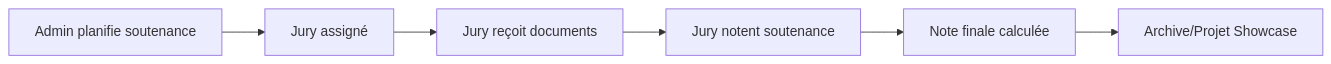
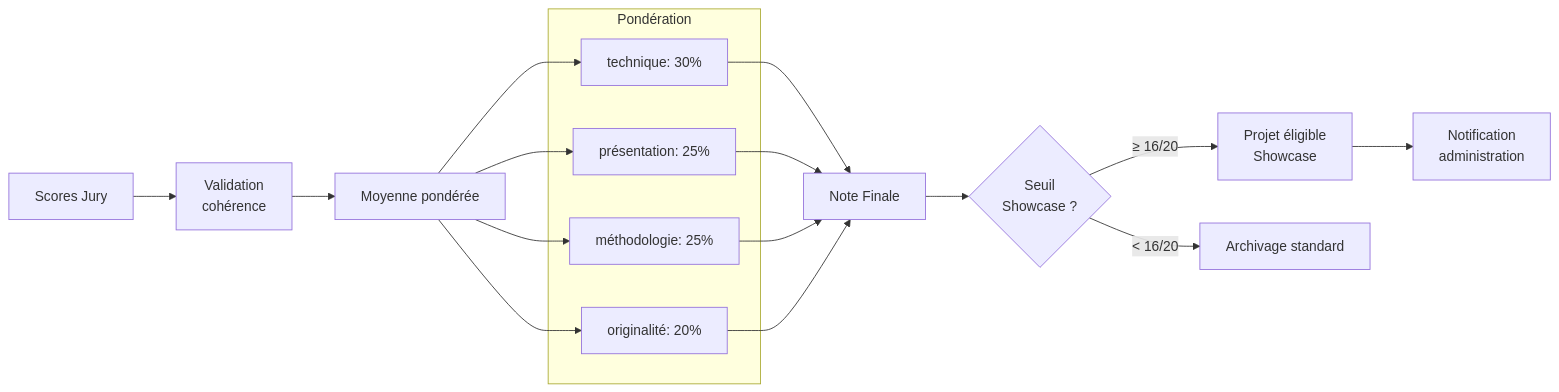
The tenth of 11 diagrams in README.md (Lagmouchyoussef/PFE-Navigator), drawn with Mermaid before and after one commit. The commit also changed other lines of this file, not shown here.

````diff
--- a/README.md
+++ b/README.md
@@ -489,8 +650,28 @@
 ```mermaid
 flowchart LR
-    A[Admin planifie soutenance] --> B[Jury assigné]
-    B --> C[Jury reçoit documents]
-    C --> D[Jury notent soutenance]
-    D --> E[Note finale calculée]
-    E --> F[Archive/Projet Showcase]
+    A[Scores Jury] --> B[Validation<br/>cohérence]
+    B --> C[Moyenne pondérée]
+    
+    subgraph "Pondération"
+        D[technique: 30%]
+        E[présentation: 25%]
+        F[méthodologie: 25%]
+        G[originalité: 20%]
+    end
+    
+    C --> D
+    C --> E
+    C --> F
+    C --> G
+    
+    D --> H[Note Finale]
+    E --> H
+    F --> H
+    G --> H
+    
+    H --> I{Seuil<br/>Showcase ?}
+    I -- ≥ 16/20 --> J[Projet éligible<br/>Showcase]
+    I -- < 16/20 --> K[Archivage standard]
+    
+    J --> L[Notification<br/>administration]
 ```
````
